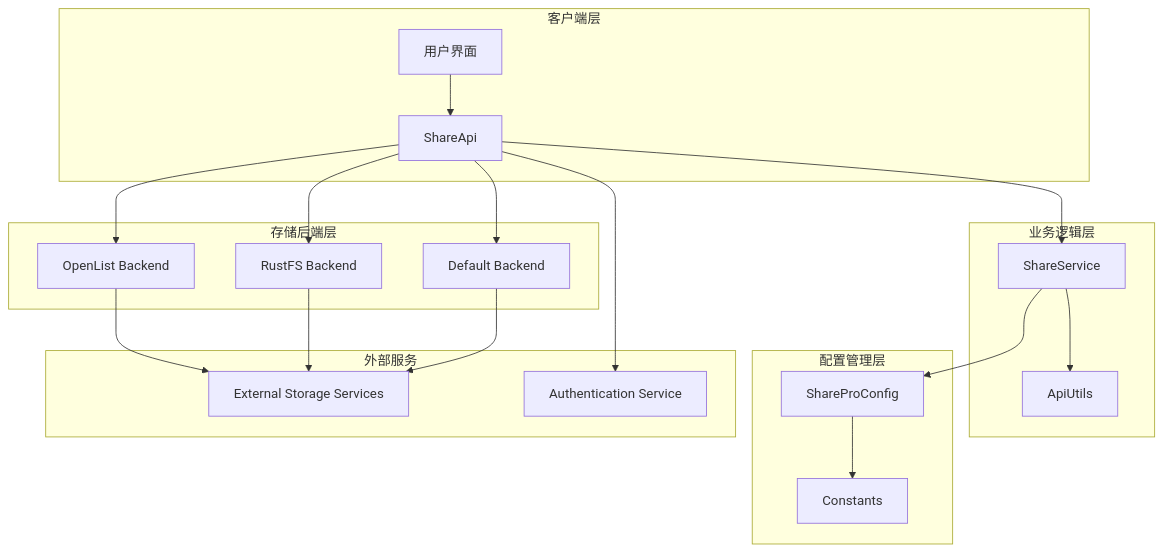
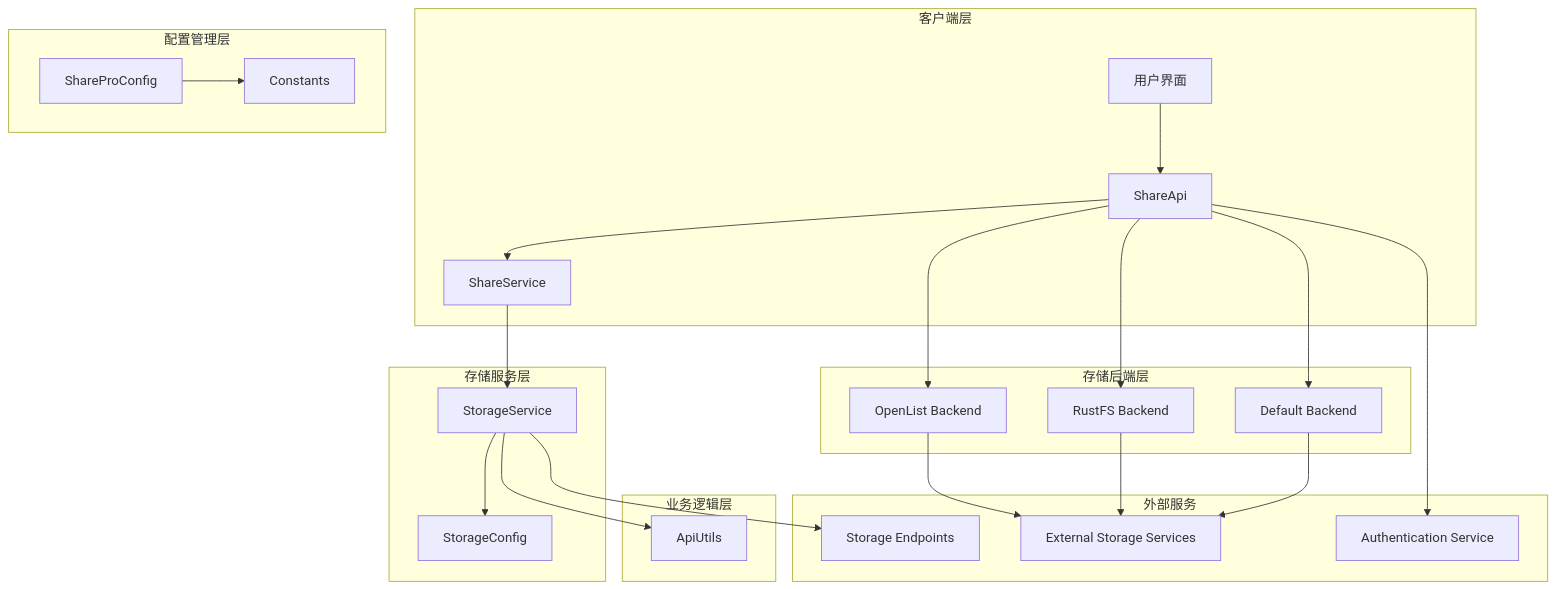
Before and after one commit to terwerinc/siyuan-plugin-share-pro: the second of 7 diagrams in .qoder/repowiki/zh/content/API参考文档/核心API接口/存储API端点.md, drawn with Mermaid. The commit also changed other lines of this file and 6 other files, not shown here.

Commit message:
docs: add storage API documentation and update dev environment config

````diff
--- a/.qoder/repowiki/zh/content/API参考文档/核心API接口/存储API端点.md
+++ b/.qoder/repowiki/zh/content/API参考文档/核心API接口/存储API端点.md
@@ -104,36 +123,43 @@
 ```mermaid
 graph TB
 subgraph "客户端层"
 UI[用户界面]
 API[ShareApi]
+SS[ShareService]
+end
+subgraph "存储服务层"
+ST[StorageService]
+SC[StorageConfig]
 end
 subgraph "业务逻辑层"
-SS[ShareService]
 AU[ApiUtils]
 end
 subgraph "配置管理层"
-SC[ShareProConfig]
+SPC[ShareProConfig]
 CT[Constants]
 end
 subgraph "存储后端层"
 OL[OpenList Backend]
 RF[RustFS Backend]
 DEF[Default Backend]
 end
 subgraph "外部服务"
 ES[External Storage Services]
 AUTH[Authentication Service]
+ENDPOINT[Storage Endpoints]
 end
 UI --> API
 API --> SS
-SS --> AU
-SS --> SC
-SC --> CT
+SS --> ST
+ST --> SC
+ST --> AU
+SPC --> CT
 API --> OL
 API --> RF
 API --> DEF
 OL --> ES
 RF --> ES
 DEF --> ES
 API --> AUTH
+ST --> ENDPOINT
 ```
````
